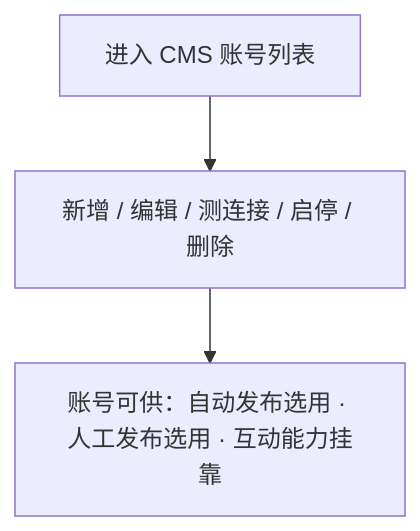
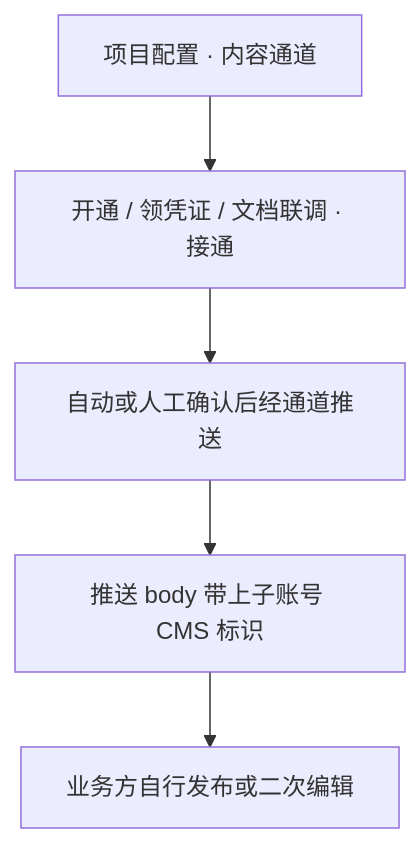
One commit to limliu520/OverseasCompany changed the third of 10 diagrams in fangzhou/方舟-To-Be主流程泳道图.md. Above: the diagram before and after it, drawn with Mermaid. The commit also changed other lines of this file and 32 other files, not shown here.

````diff
--- a/fangzhou/方舟-To-Be主流程泳道图.md
+++ b/fangzhou/方舟-To-Be主流程泳道图.md
@@ -173,5 +175,7 @@
 ```mermaid
 flowchart TB
-  L1[进入 CMS 账号列表] --> L2[新增 / 编辑 / 测连接 / 启停 / 删除]
-  L2 --> L3[账号可供：自动发布选用 · 人工发布选用 · 互动能力挂靠]
+  L1[项目配置 · 内容通道] --> L2[开通 / 领凭证 / 文档联调 · 接通]
+  L2 --> L3[自动或人工确认后经通道推送]
+  L3 --> L4[推送 body 带上子账号 CMS 标识]
+  L4 --> L5[业务方自行发布或二次编辑]
 ```
````
